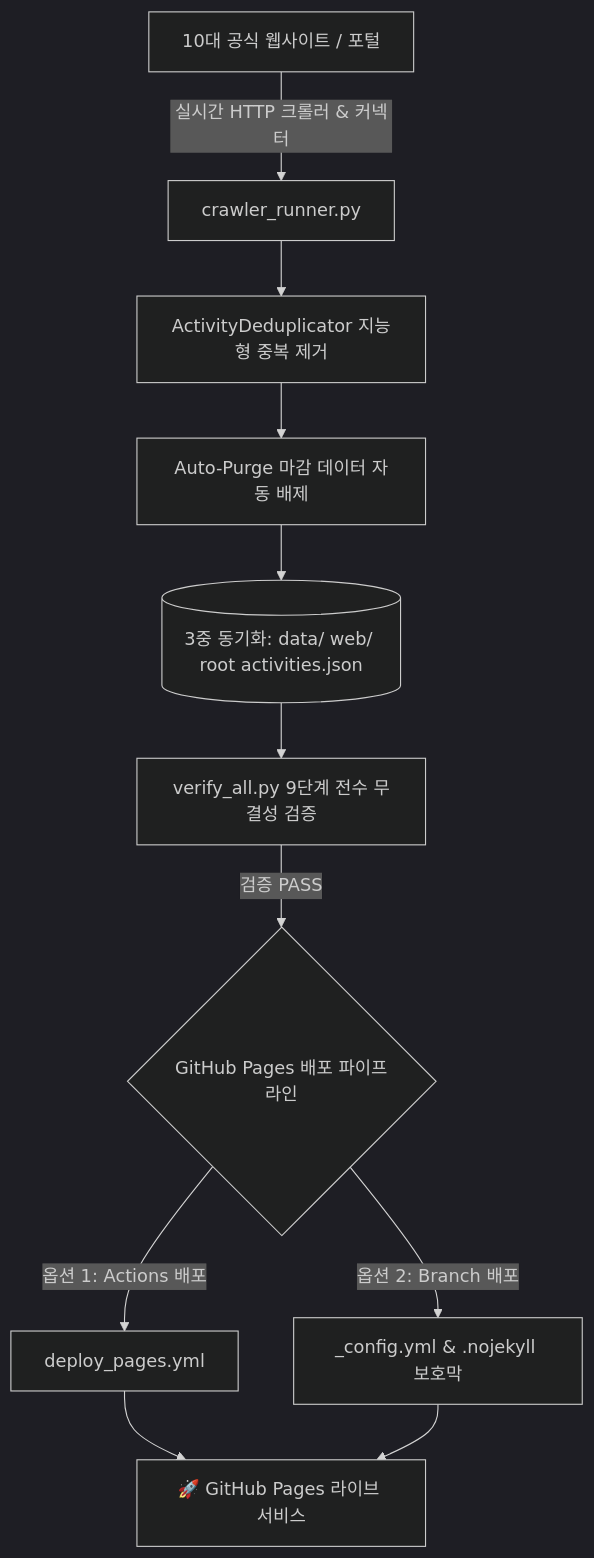
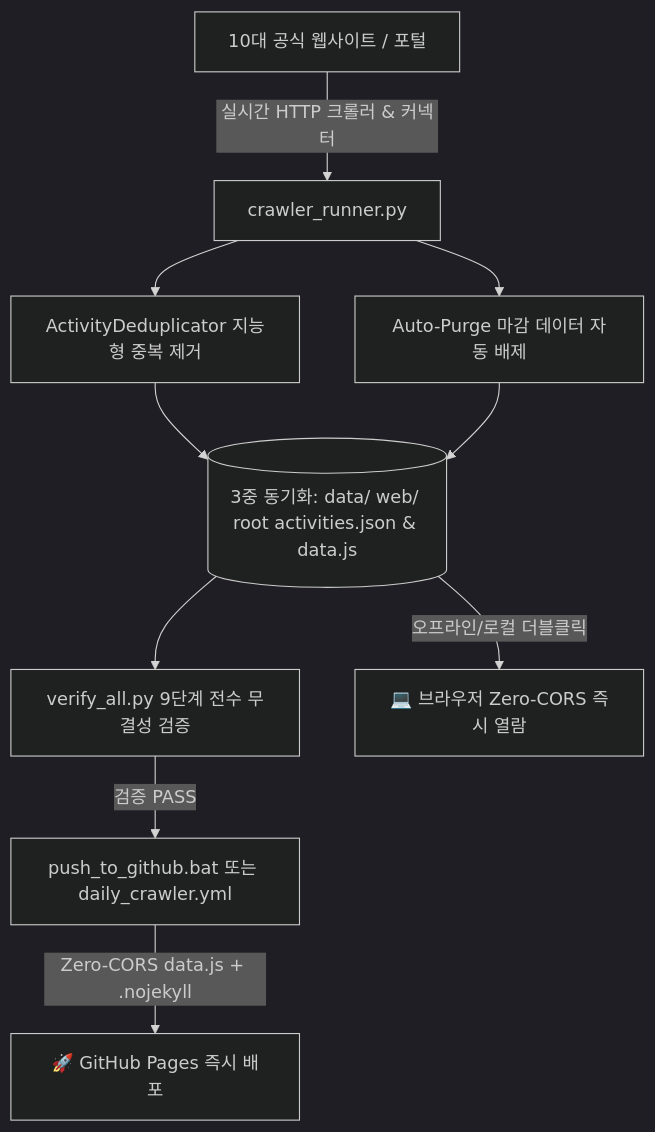
The diagram in 기능사양서.md (successjo0528-ux/Kids_Activity_Finder), drawn with Mermaid (dark theme) before and after one commit. The commit also changed other lines of this file and 20 other files, not shown here.

Commit message:
fix(deploy): Global_Macro_Briefing 방식과 동일한 단일 경량 자동 배포 및 Zero-CORS data.js 체계 구축

````diff
--- a/기능사양서.md
+++ b/기능사양서.md
@@ -14,13 +14,12 @@
 ```mermaid
 flowchart TD
     A[10대 공식 웹사이트 / 포털] -->|실시간 HTTP 크롤러 & 커넥터| B[crawler_runner.py]
     B --> C[ActivityDeduplicator 지능형 중복 제거]
-    C --> D[Auto-Purge 마감 데이터 자동 배제]
-    D --> E[(3중 동기화: data/ web/ root activities.json)]
+    B --> D[Auto-Purge 마감 데이터 자동 배제]
+    C --> E[(3중 동기화: data/ web/ root activities.json & data.js)]
+    D --> E
     E --> F[verify_all.py 9단계 전수 무결성 검증]
-    F -->|검증 PASS| G{GitHub Pages 배포 파이프라인}
-    G -->|옵션 1: Actions 배포| H[deploy_pages.yml]
-    G -->|옵션 2: Branch 배포| I[_config.yml & .nojekyll 보호막]
-    H --> J[🚀 GitHub Pages 라이브 서비스]
-    I --> J
+    F -->|검증 PASS| G[push_to_github.bat 또는 daily_crawler.yml]
+    G -->|Zero-CORS data.js + .nojekyll| H[🚀 GitHub Pages 즉시 배포]
+    E -->|오프라인/로컬 더블클릭| I[💻 브라우저 Zero-CORS 즉시 열람]
 ```
````
